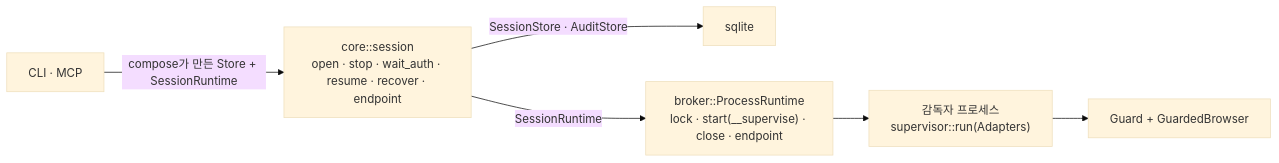
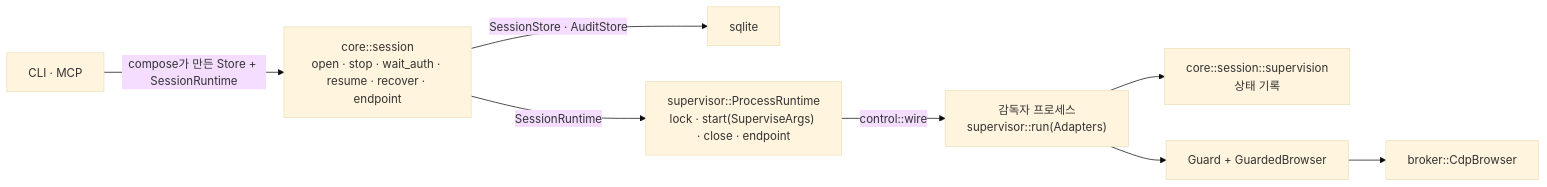
The fifth of 17 diagrams in docs/design/02-system-architecture.md (LeeSwallow/KeyHarbor), drawn with Mermaid (base theme) before and after one commit. The commit also changed other lines of this file and 43 other files, not shown here.

First line of the commit message:
refactor: supervisor crate composes broker and guard (#28)

````diff
--- a/docs/design/02-system-architecture.md
+++ b/docs/design/02-system-architecture.md
@@ -168,8 +170,10 @@
 ```mermaid
 flowchart LR
   cli["CLI · MCP"] -->|"compose가 만든 Store + SessionRuntime"| uc["core::session<br/>open · stop · wait_auth · resume · recover · endpoint"]
   uc -->|"SessionStore · AuditStore"| st["sqlite"]
-  uc -->|"SessionRuntime"| rt["broker::ProcessRuntime<br/>lock · start(__supervise) · close · endpoint"]
-  rt --> sup["감독자 프로세스<br/>supervisor::run(Adapters)"]
+  uc -->|"SessionRuntime"| rt["supervisor::ProcessRuntime<br/>lock · start(SuperviseArgs) · close · endpoint"]
+  rt -->|"control::wire"| sup["감독자 프로세스<br/>supervisor::run(Adapters)"]
+  sup --> sv["core::session::supervision<br/>상태 기록"]
   sup --> guardbox["Guard + GuardedBrowser"]
+  guardbox --> cdp["broker::CdpBrowser"]
 ```
````
